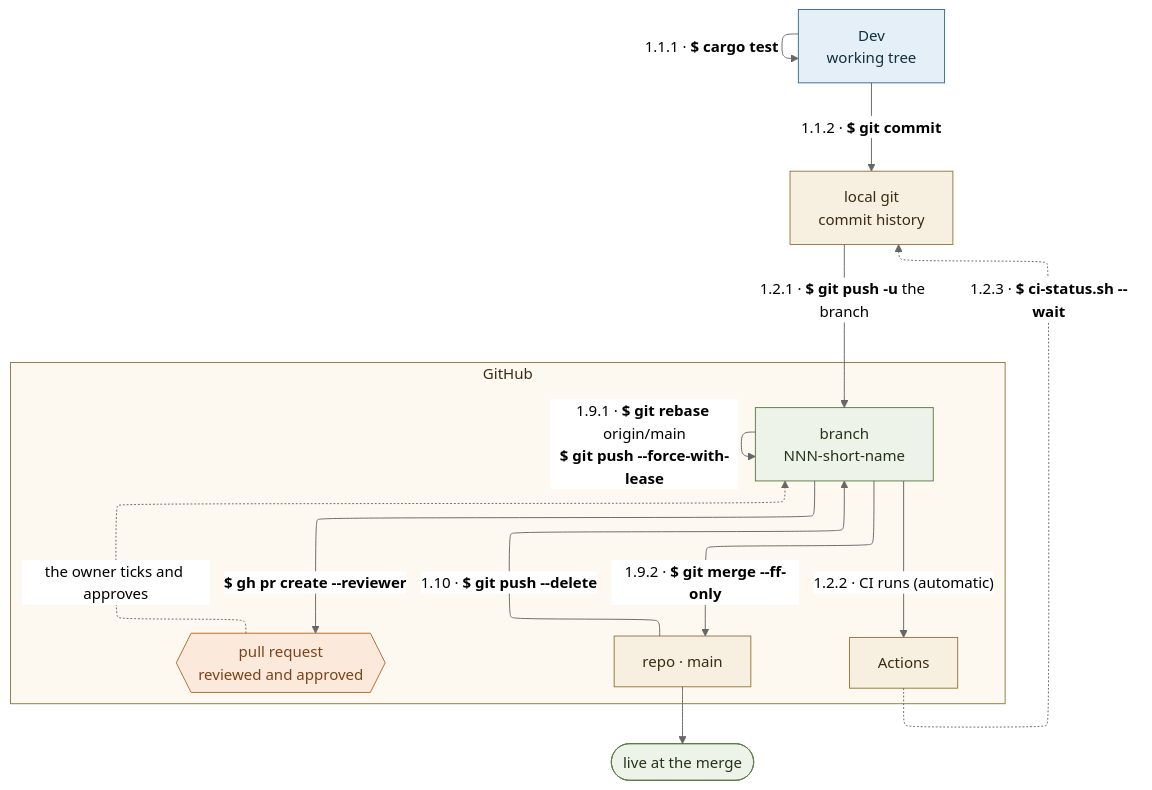
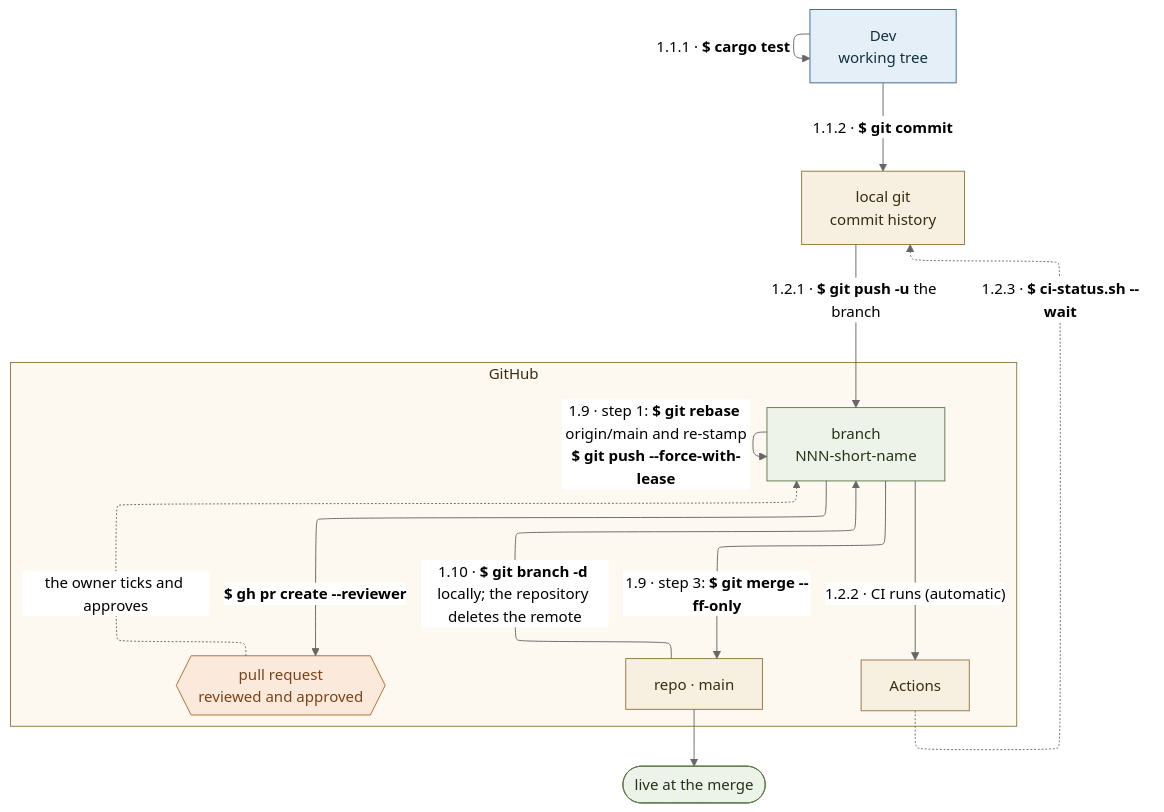
The diagram in docs/diagrams/flavour-b-repository-change.mmd (delphside/tile-lite-elite), drawn with Mermaid (neutral theme) before and after one commit. The commit also changed 3 other files, not shown here.

```diff
--- a/docs/diagrams/flavour-b-repository-change.mmd
+++ b/docs/diagrams/flavour-b-repository-change.mmd
@@ -1,54 +1,54 @@
 ---
 config:
   layout: elk
   elk:
     nodePlacementStrategy: BRANDES_KOEPF
 ---
 flowchart TB
     %% Flavour B — a repository change with a branch. docs/4.3.3, the flavours
-    %% table. Runs 1.1, 1.2, then 1.9 and 1.10.
+    %% table. Runs 1.1, 1.2, then 1.9 steps 1 and 3, and 1.10.
     %% .
     %% Arrow numbers are docs/4.3.3 part 1 section numbers.
     %% .
     %% Why a branch at all, when a document-only change never takes one: B is
     %% for a change that must be held back while the old version is still
     %% needed. The branch exists to delay, not to review.
     %% .
     %% Nothing is deployed. It is live when it lands on main, which is what
     %% 'Repository Change' means — the artefacts are compiled into nothing.
     %% .
-    %% 1.9 is drawn as two arrows because it is two commands and the order
-    %% matters: rebase first, so the SHA changes while it still can, then
-    %% merge --ff-only, which must not change it.
+    %% 1.9 is drawn as two arrows because it is two steps and the order
+    %% matters: step 1 rebases and re-stamps, so the SHA changes while it
+    %% still can, then step 3 merges --ff-only, which must not change it.
     DEV["Dev<br/>working tree"]
     LG["local git<br/>commit history"]
     subgraph GH["GitHub"]
         BR["branch<br/>NNN-short-name"]
         PR{{"pull request<br/>reviewed and approved"}}
         MAIN["repo · main"]
         ACT["Actions"]
     end
     LIVE(["live at the merge"])
 
     DEV -->|"`1.1.1 · **$ cargo test**`"| DEV
     DEV -->|"`1.1.2 · **$ git commit**`"| LG
     LG -->|"`1.2.1 · **$ git push -u** the branch`"| BR
     BR -->|"1.2.2 · CI runs (automatic)"| ACT
     ACT -.->|"`1.2.3 · **$ ci-status.sh --wait**`"| LG
     BR -->|"`**$ gh pr create --reviewer**`"| PR
     PR -.->|"the owner ticks and approves"| BR
-    BR -->|"`1.9.1 · **$ git rebase** origin/main
+    BR -->|"`1.9 · step 1: **$ git rebase** origin/main and re-stamp
 **$ git push --force-with-lease**`"| BR
-    BR -->|"`1.9.2 · **$ git merge --ff-only**`"| MAIN
+    BR -->|"`1.9 · step 3: **$ git merge --ff-only**`"| MAIN
     MAIN --> LIVE
-    MAIN -->|"`1.10 · **$ git push --delete**`"| BR
+    MAIN -->|"`1.10 · **$ git branch -d** locally; the repository deletes the remote`"| BR
 
     classDef gate fill:#fbe9dc,stroke:#b06a2c,color:#7a4318
     classDef env fill:#e4eff8,stroke:#39698c,color:#12303f
     classDef repo fill:#f7efe0,stroke:#96763f,color:#3a2c12
     classDef branch fill:#eef3ea,stroke:#5c7a4a,color:#243418
     class DEV env
     class LG,MAIN,ACT repo
     class BR,LIVE branch
     class PR gate
     style GH fill:#fdf9f1,stroke:#96763f,color:#3a2c12
```
